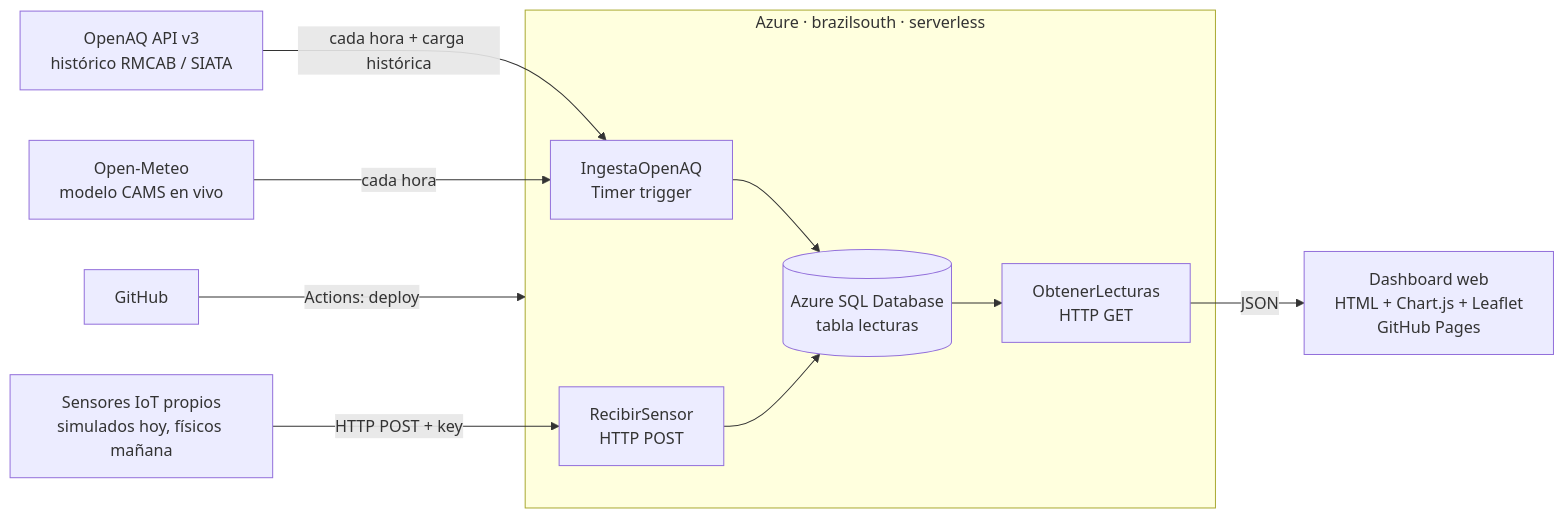
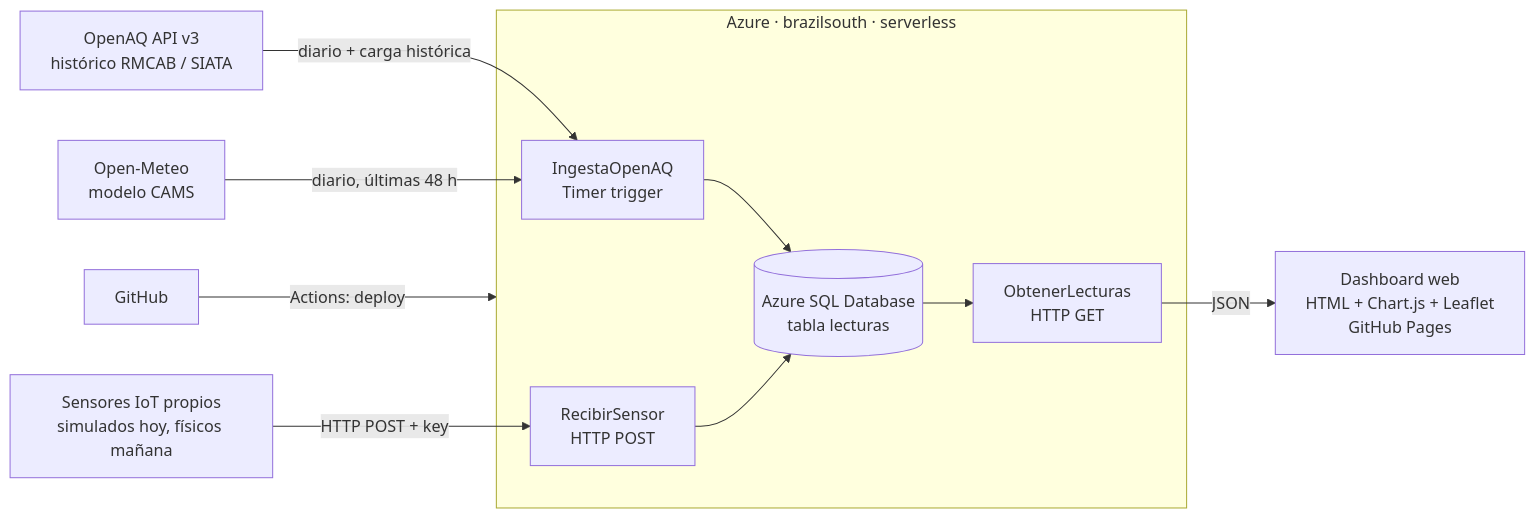
Before and after one commit to JvelezMendoza/calidad-aire-bogota: the diagram in README.md, drawn with Mermaid. The commit also changed other lines of this file, not shown here.

````diff
--- a/README.md
+++ b/README.md
@@ -63,17 +63,17 @@
 ```mermaid
 flowchart LR
-    OAQ[OpenAQ API v3<br/>histórico RMCAB / SIATA] -->|cada hora + carga histórica| F1
-    OM[Open-Meteo<br/>modelo CAMS en vivo] -->|cada hora| F1
+    OAQ[OpenAQ API v3<br/>histórico RMCAB / SIATA] -->|diario + carga histórica| F1
+    OM[Open-Meteo<br/>modelo CAMS] -->|diario, últimas 48 h| F1
     IOT[Sensores IoT propios<br/>simulados hoy, físicos mañana] -->|HTTP POST + key| F2
     subgraph Azure [Azure · brazilsouth · serverless]
       F1[IngestaOpenAQ<br/>Timer trigger]
       F2[RecibirSensor<br/>HTTP POST]
       F3[ObtenerLecturas<br/>HTTP GET]
       DB[(Azure SQL Database<br/>tabla lecturas)]
       F1 --> DB
       F2 --> DB
       DB --> F3
     end
     F3 -->|JSON| DASH[Dashboard web<br/>HTML + Chart.js + Leaflet<br/>GitHub Pages]
     GH[GitHub] -->|Actions: deploy| Azure
 ```
````
